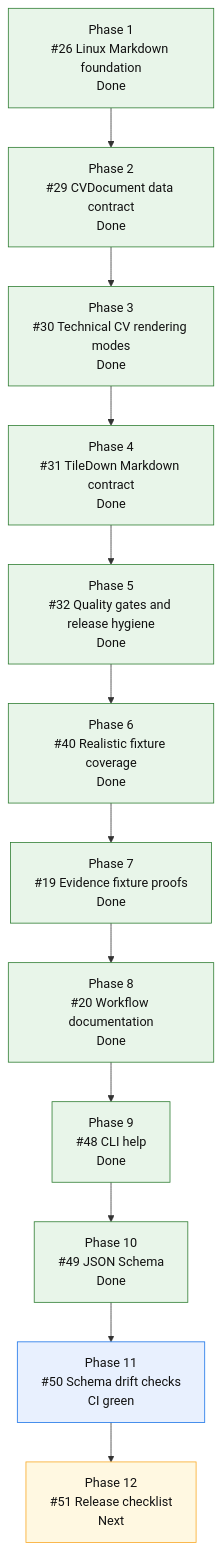
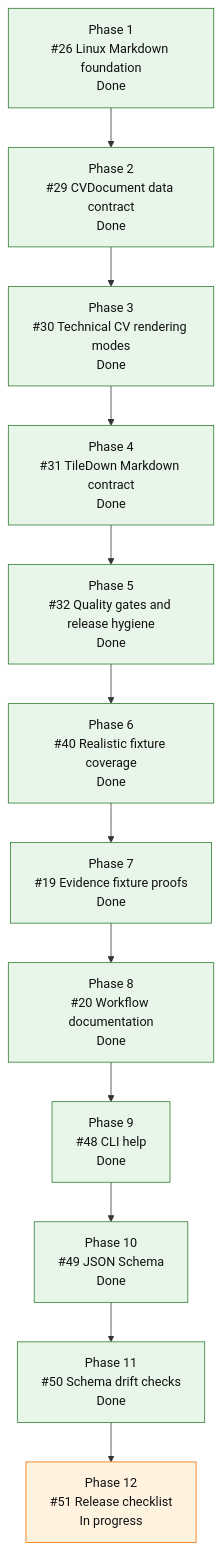
The diagram in README.md (mihaelamj/cvbuilder), drawn with Mermaid before and after one commit. The commit also changed other lines of this file and 3 other files, not shown here.

Commit message:
docs(release): add first release checklist

````diff
--- a/README.md
+++ b/README.md
@@ -165,28 +165,27 @@
 ```mermaid
 flowchart TD
     P1["Phase 1<br/>#26 Linux Markdown foundation<br/>Done"]
     P2["Phase 2<br/>#29 CVDocument data contract<br/>Done"]
     P3["Phase 3<br/>#30 Technical CV rendering modes<br/>Done"]
     P4["Phase 4<br/>#31 TileDown Markdown contract<br/>Done"]
     P5["Phase 5<br/>#32 Quality gates and release hygiene<br/>Done"]
     P6["Phase 6<br/>#40 Realistic fixture coverage<br/>Done"]
     P7["Phase 7<br/>#19 Evidence fixture proofs<br/>Done"]
     P8["Phase 8<br/>#20 Workflow documentation<br/>Done"]
     P9["Phase 9<br/>#48 CLI help<br/>Done"]
     P10["Phase 10<br/>#49 JSON Schema<br/>Done"]
-    P11["Phase 11<br/>#50 Schema drift checks<br/>CI green"]
-    P12["Phase 12<br/>#51 Release checklist<br/>Next"]
+    P11["Phase 11<br/>#50 Schema drift checks<br/>Done"]
+    P12["Phase 12<br/>#51 Release checklist<br/>In progress"]
 
     P1 --> P2 --> P3 --> P4 --> P5 --> P6 --> P7 --> P8 --> P9 --> P10 --> P11 --> P12
 
     classDef done fill:#e8f5e9,stroke:#2e7d32,color:#111;
     classDef active fill:#fff3e0,stroke:#ef6c00,color:#111;
     classDef review fill:#e8f0fe,stroke:#1a73e8,color:#111;
     classDef next fill:#fff8e1,stroke:#f9a825,color:#111;
     classDef partial fill:#e0f7fa,stroke:#00838f,color:#111;
     classDef todo fill:#eef3ff,stroke:#3367d6,color:#111;
     class P1,P2,P3,P4 done;
-    class P5,P6,P7,P8,P9,P10 done;
-    class P11 review;
-    class P12 next;
+    class P5,P6,P7,P8,P9,P10,P11 done;
+    class P12 active;
 ```
````
